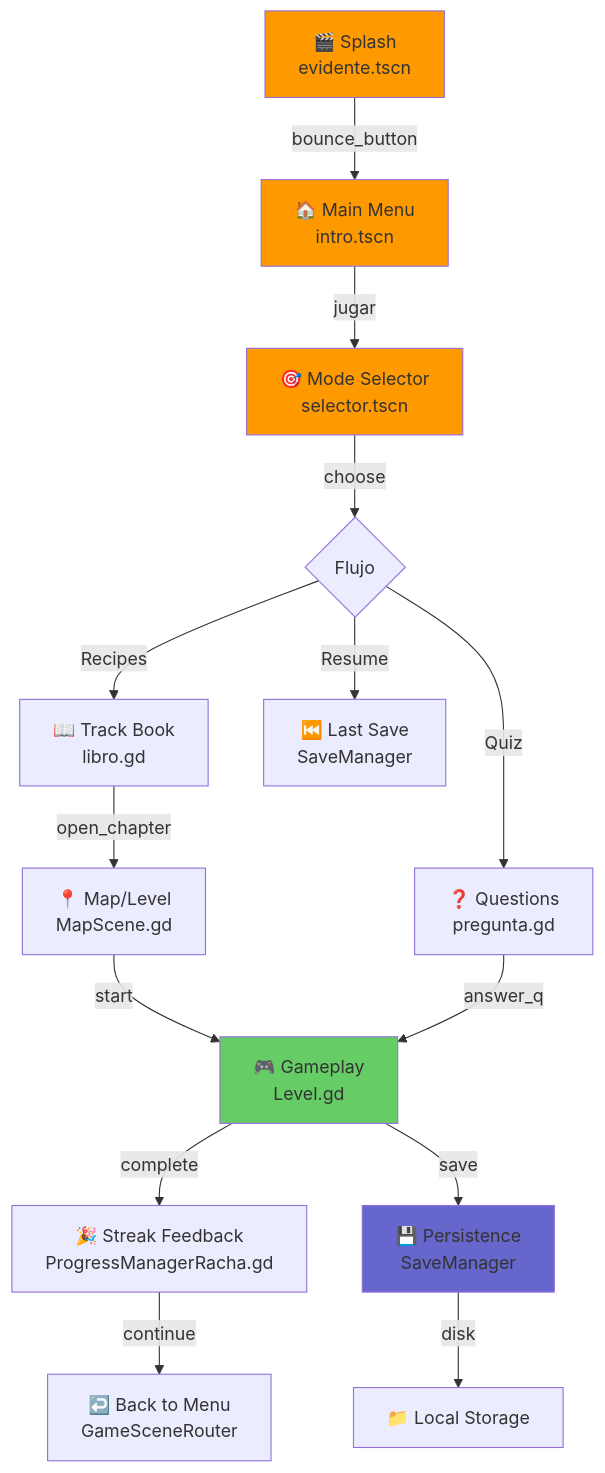
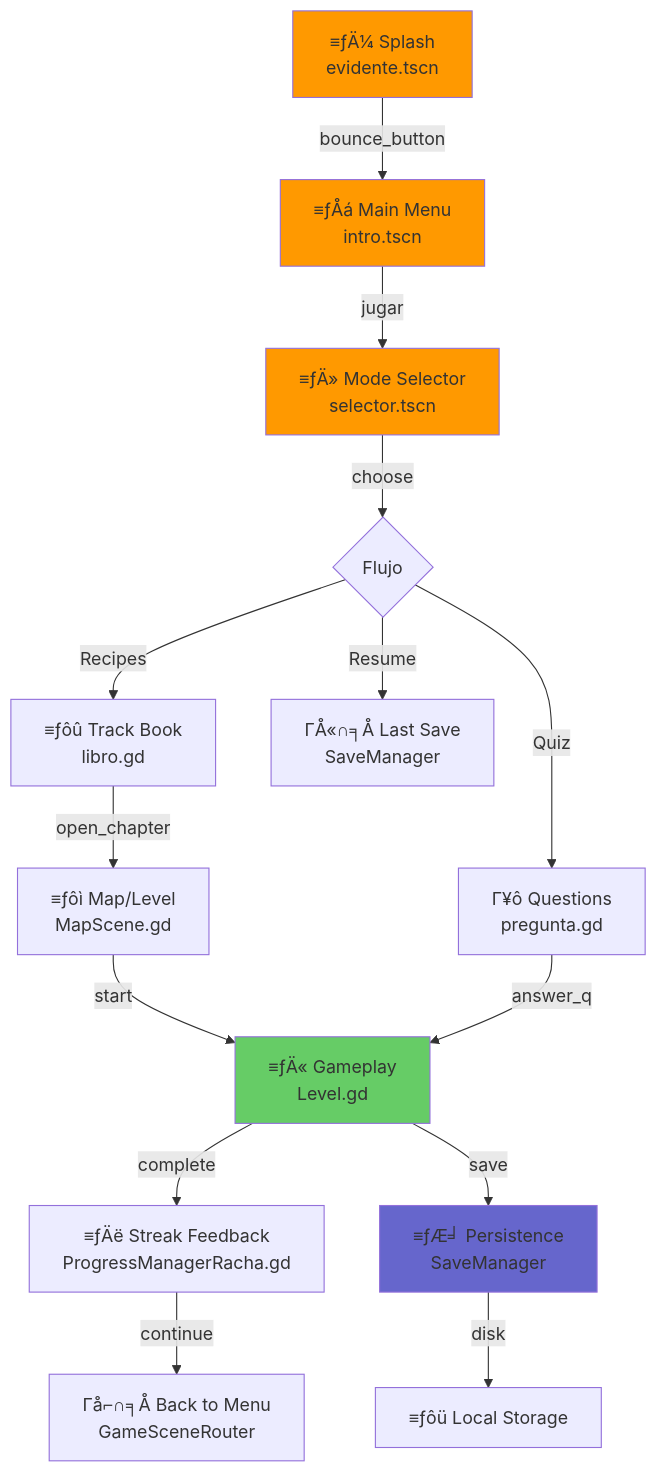
The first of 2 diagrams in wiki/Architecture.md (TTIP-e-vidente/e-vidente), drawn with Mermaid before and after one commit. The commit also changed other lines of this file and 25 other files, not shown here.

Commit message:
Add documentation for Entrega 1: architecture, use cases, decisions, evidence, relational model, and user stories

````diff
--- a/wiki/Architecture.md
+++ b/wiki/Architecture.md
@@ -22,21 +22,21 @@
 ```mermaid
-graph TD
-    A["🎬 Splash<br/>evidente.tscn"] -->|bounce_button| B["🏠 Main Menu<br/>intro.tscn"]
-    B -->|jugar| C["🎯 Mode Selector<br/>selector.tscn"]
+flowchart TD
+    A["≡ƒÄ¼ Splash<br/>evidente.tscn"] -->|bounce_button| B["≡ƒÅá Main Menu<br/>intro.tscn"]
+    B -->|jugar| C["≡ƒÄ» Mode Selector<br/>selector.tscn"]
     C -->|choose| D{Flujo}
-    D -->|Recipes| E["📖 Track Book<br/>libro.gd"]
-    D -->|Quiz| F["❓ Questions<br/>pregunta.gd"]
-    D -->|Resume| G["⏮️ Last Save<br/>SaveManager"]
-    E -->|open_chapter| H["📍 Map/Level<br/>MapScene.gd"]
-    H -->|start| I["🎮 Gameplay<br/>Level.gd"]
+    D -->|Recipes| E["≡ƒôû Track Book<br/>libro.gd"]
+    D -->|Quiz| F["Γ¥ô Questions<br/>pregunta.gd"]
+    D -->|Resume| G["ΓÅ«∩╕Å Last Save<br/>SaveManager"]
+    E -->|open_chapter| H["≡ƒôì Map/Level<br/>MapScene.gd"]
+    H -->|start| I["≡ƒÄ« Gameplay<br/>Level.gd"]
     F -->|answer_q| I
-    I -->|complete| J["🎉 Streak Feedback<br/>ProgressManagerRacha.gd"]
-    I -->|save| K["💾 Persistence<br/>SaveManager"]
-    J -->|continue| L["↩️ Back to Menu<br/>GameSceneRouter"]
-    K -->|disk| M["📁 Local Storage"]
+    I -->|complete| J["≡ƒÄë Streak Feedback<br/>ProgressManagerRacha.gd"]
+    I -->|save| K["≡ƒÆ╛ Persistence<br/>SaveManager"]
+    J -->|continue| L["Γå⌐∩╕Å Back to Menu<br/>GameSceneRouter"]
+    K -->|disk| M["≡ƒôü Local Storage"]
     style A fill:#ff9900
     style B fill:#ff9900
     style C fill:#ff9900
     style I fill:#66cc66
     style K fill:#6666cc
 ```
````
